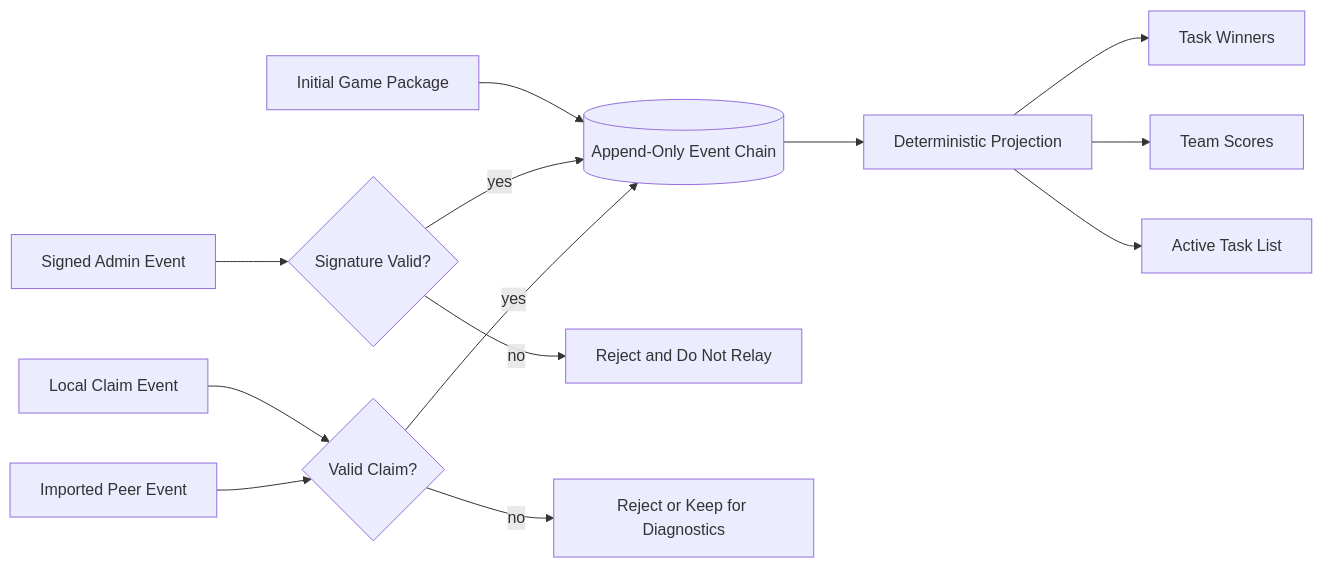
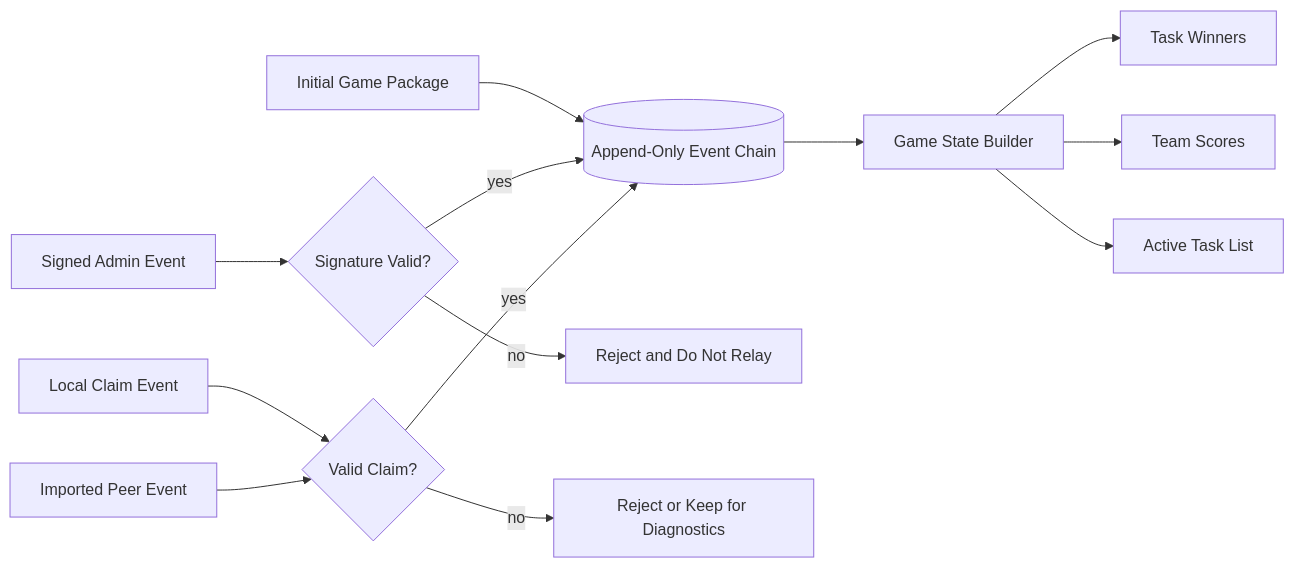
Before and after one commit to Gabriel-Gerdes/HumanHaunt: the second of 5 diagrams in docs/design-doc.md, drawn with Mermaid. The commit also changed other lines of this file, not shown here.

Commit message:
Updating with "game_state_builder"

````diff
--- a/docs/design-doc.md
+++ b/docs/design-doc.md
@@ -244,15 +244,15 @@
 ```mermaid
 flowchart LR
   seed[Initial Game Package] --> event_log[(Append-Only Event Chain)]
   local_claim[Local Claim Event] --> validate_claim{Valid Claim?}
   peer_event[Imported Peer Event] --> validate_claim
   admin_event[Signed Admin Event] --> verify_admin{Signature Valid?}
   verify_admin -->|yes| event_log
   verify_admin -->|no| reject_admin[Reject and Do Not Relay]
   validate_claim -->|yes| event_log
   validate_claim -->|no| reject_claim[Reject or Keep for Diagnostics]
-  event_log --> projection[Deterministic Projection]
-  projection --> winners[Task Winners]
-  projection --> scores[Team Scores]
-  projection --> active_tasks[Active Task List]
+  event_log --> game_state_builder[Game State Builder]
+  game_state_builder --> winners[Task Winners]
+  game_state_builder --> scores[Team Scores]
+  game_state_builder --> active_tasks[Active Task List]
 ```
````
